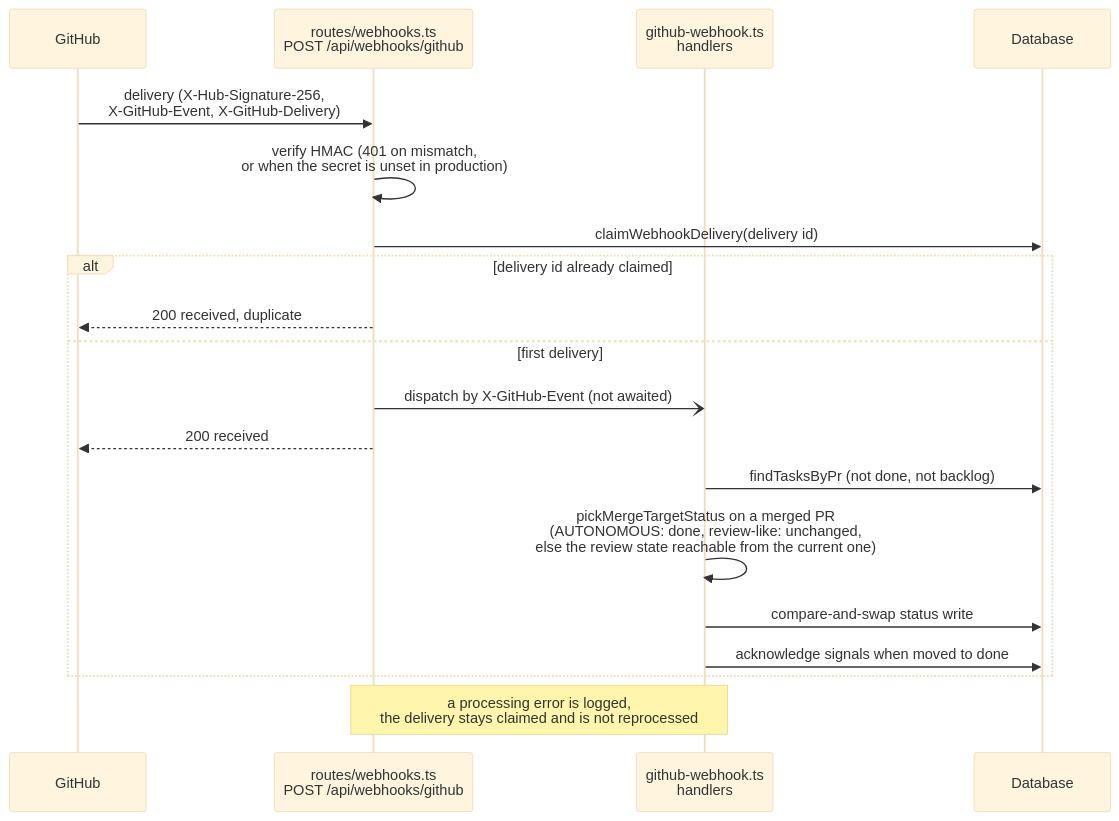
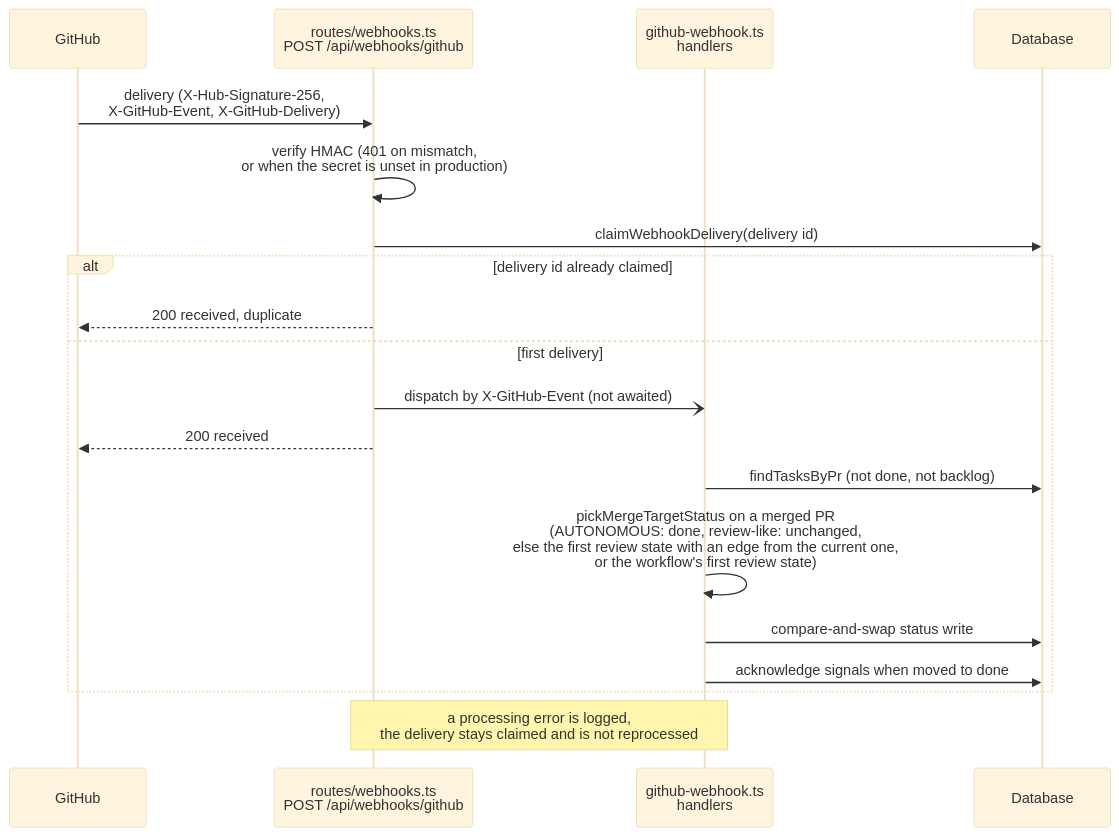
The diagram in docs/webhook-setup.md (LanNguyenSi/agent-tasks), drawn with Mermaid (base theme) before and after one commit.

Commit message:
docs: name the no-edge fallback in the webhook sequence diagram

````diff
--- a/docs/webhook-setup.md
+++ b/docs/webhook-setup.md
@@ -93,21 +93,21 @@
 ```mermaid
 sequenceDiagram
   participant GH as GitHub
   participant R as routes/webhooks.ts<br/>POST /api/webhooks/github
   participant S as github-webhook.ts<br/>handlers
   participant DB as Database
   GH->>R: delivery (X-Hub-Signature-256,<br/>X-GitHub-Event, X-GitHub-Delivery)
   R->>R: verify HMAC (401 on mismatch,<br/>or when the secret is unset in production)
   R->>DB: claimWebhookDelivery(delivery id)
   alt delivery id already claimed
     R-->>GH: 200 received, duplicate
   else first delivery
     R-)S: dispatch by X-GitHub-Event (not awaited)
     R-->>GH: 200 received
     S->>DB: findTasksByPr (not done, not backlog)
-    S->>S: pickMergeTargetStatus on a merged PR<br/>(AUTONOMOUS: done, review-like: unchanged,<br/>else the review state reachable from the current one)
+    S->>S: pickMergeTargetStatus on a merged PR<br/>(AUTONOMOUS: done, review-like: unchanged,<br/>else the first review state with an edge from the current one,<br/>or the workflow's first review state)
     S->>DB: compare-and-swap status write
     S->>DB: acknowledge signals when moved to done
   end
   Note over R,S: a processing error is logged,<br/>the delivery stays claimed and is not reprocessed
 ```
````
